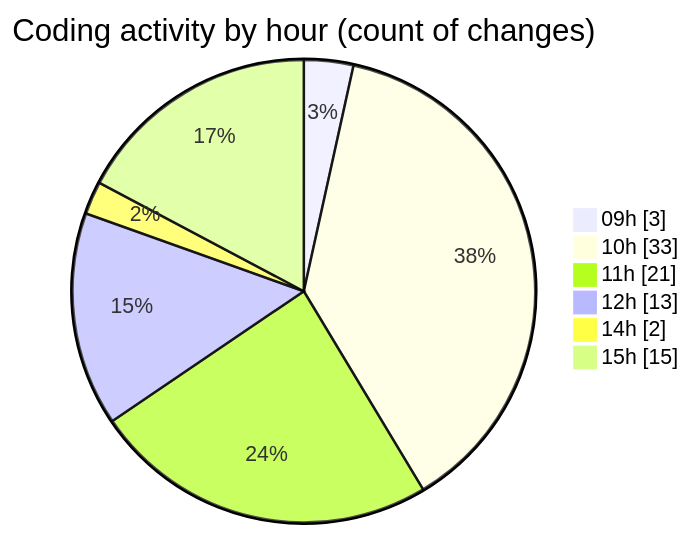
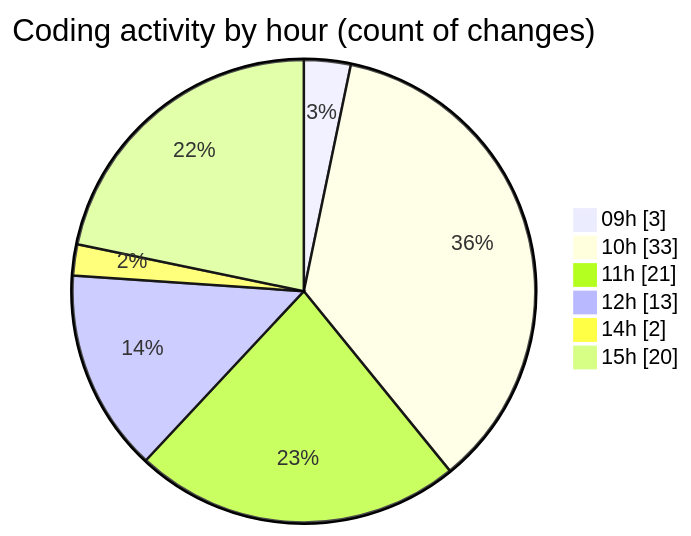
The second of 2 diagrams in 2025-10-31/cda/README.md (momahboobian/code-tracking), drawn with Mermaid before and after one commit. The commit also changed other lines of this file and 1 other file, not shown here.

````diff
--- a/2025-10-31/cda/README.md
+++ b/2025-10-31/cda/README.md
@@ -39,10 +42,10 @@
 ```mermaid
 pie showData
 title Coding activity by hour (count of changes)
 "09h" : 3
 "10h" : 33
 "11h" : 21
 "12h" : 13
 "14h" : 2
-"15h" : 15
+"15h" : 20
 ```
````
